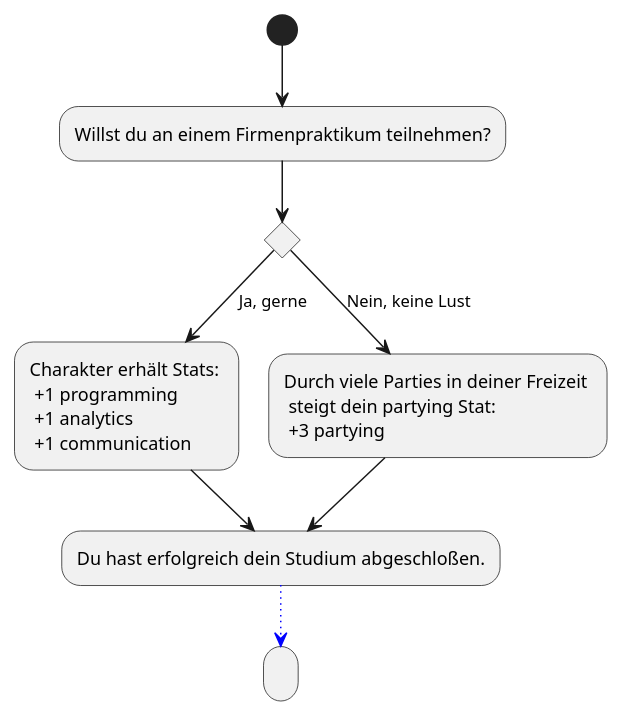
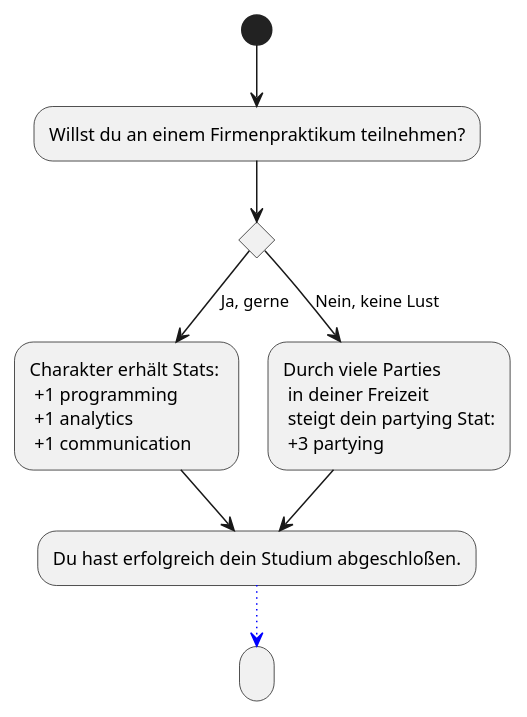
Before and after one commit to Brotenko/QualityQuest: the diagram in Docs/Technical Specifications/docs/diagrams/StoryFlow/StoryFlow-Decision_3.puml, drawn with PlantUML. The commit also changed 3 other files, not shown here.

Commit message:
StoryFlow diagrams.

```diff
--- a/Docs/Technical Specifications/docs/diagrams/StoryFlow/StoryFlow-Decision_3.puml
+++ b/Docs/Technical Specifications/docs/diagrams/StoryFlow/StoryFlow-Decision_3.puml
@@ -1,19 +1,19 @@
 @startuml
 (*) --> "Willst du an einem Firmenpraktikum teilnehmen?"
 if "" then
 --> [Ja, gerne] "Charakter erhält Stats: \n +1 programming \n +1 analytics \n +1 communication" as ja
 else
---> [Nein, keine Lust] "Durch viele Parties in deiner Freizeit \n steigt dein partying Stat:\n +3 partying " as nein
+--> [Nein, keine Lust] "Durch viele Parties \n in deiner Freizeit \n steigt dein partying Stat:\n +3 partying " as nein
 
 ja --> "Du hast erfolgreich dein Studium abgeschloßen." as a
 nein --> a
 
 
 
 
 
 -[#blue,dotted]-> " "
 
 
 
 @enduml
```
